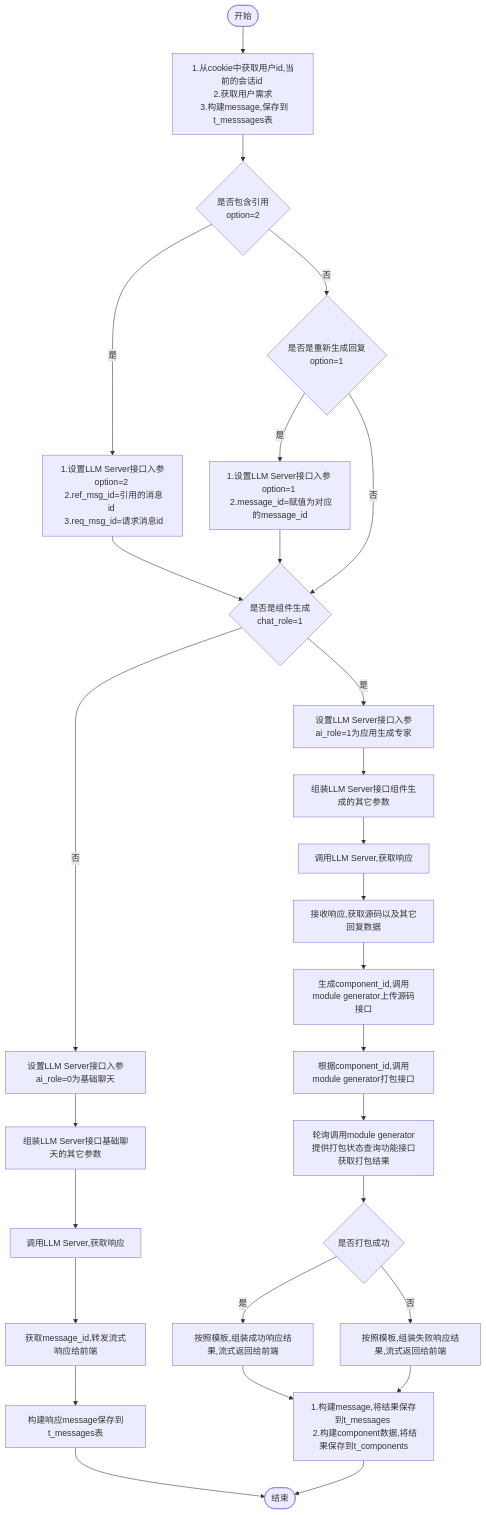
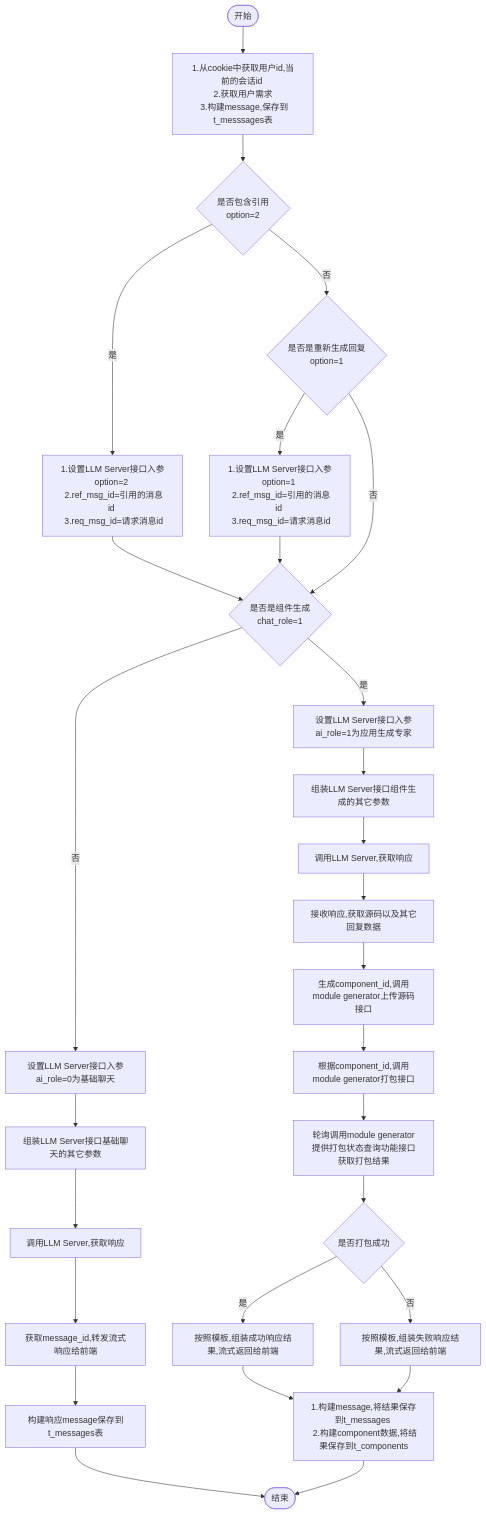
The diagram in all/w3-会话-不需要传递message.md (yingjianzh/iodraw-files), drawn with Mermaid before and after one commit.

Commit message:
2024-10-15 15:08:21 update

````diff
--- a/all/w3-会话-不需要传递message.md
+++ b/all/w3-会话-不需要传递message.md
@@ -1,34 +1,34 @@
 ```mermaid
 flowchart TD
     A([开始]) --> B[1.从cookie中获取用户id,当前的会话id \n 2.获取用户需求 \n 3.构建message,保存到t_messsages表]
     B--> D{是否包含引用 \n option=2}
     D -- 是 --> E[1.设置LLM Server接口入参option=2 \n 2.ref_msg_id=引用的消息id \n 3.req_msg_id=请求消息id]
     D -- 否 --> F{是否是重新生成回复\n option=1}
-    F -- 是 --> G[1.设置LLM Server接口入参 option=1 \n 2.message_id=赋值为对应的message_id]
+    F -- 是 --> G[1.设置LLM Server接口入参option=1 \n 2.ref_msg_id=引用的消息id \n 3.req_msg_id=请求消息id]
     F -- 否 --> I
      
     E & G --> I{是否是组件生成 \n chat_role=1}
     I -- 否 --> K[设置LLM Server接口入参ai_role=0为基础聊天]
     I -- 是 --> J[设置LLM Server接口入参ai_role=1为应用生成专家]
     
 
     J --> L[组装LLM Server接口组件生成的其它参数]    
     K --> M[组装LLM Server接口基础聊天的其它参数]    
     M --> N[调用LLM Server,获取响应]    
     N --> O[获取message_id,转发流式响应给前端]
     O --> P[构建响应message保存到t_messages表]
     P --> R([结束])
 
 
     L --> S[调用LLM Server,获取响应]
     S --> T[接收响应,获取源码以及其它回复数据]
     T --> U[生成component_id,调用module generator上传源码接口]
     U --> V[根据component_id,调用module generator打包接口]
     V --> W[轮询调用module generator提供打包状态查询功能接口获取打包结果]
     W --> X{是否打包成功}
     X -- 是 --> Y[按照模板,组装成功响应结果,流式返回给前端]
     X -- 否 --> Z[按照模板,组装失败响应结果,流式返回给前端]
 
     Y & Z --> Result[1.构建message,将结果保存到t_messages \n 2.构建component数据,将结果保存到t_components]
     Result --> R
 ```
````
